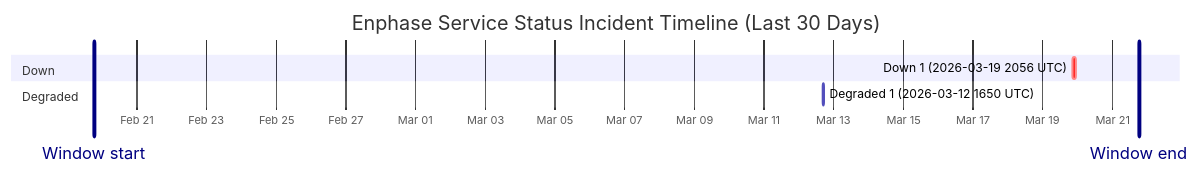
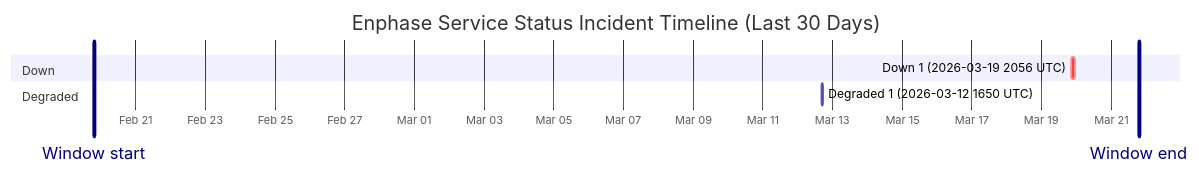
Before and after one commit to barneyonline/ha-enphase-ev-charger: the diagram in wiki/Service-Status-History.md, drawn with Mermaid. The commit also changed other lines of this file and 3 other files, not shown here.

````diff
--- a/wiki/Service-Status-History.md
+++ b/wiki/Service-Status-History.md
@@ -14,12 +14,12 @@
 ```mermaid
 gantt
     title Enphase Service Status Incident Timeline (Last 30 Days)
     dateFormat  YYYY-MM-DDTHH:mm:ss
     axisFormat  %b %d
-    Window start :vert, window-start, 2026-02-19T18:23:20, 0ms
-    Window end :vert, window-end, 2026-03-21T18:23:20, 0ms
+    Window start :vert, window-start, 2026-02-19T19:17:15, 0ms
+    Window end :vert, window-end, 2026-03-21T19:17:15, 0ms
     section Down
     Down 1 (2026-03-19 2056 UTC) :crit, down-1, 2026-03-19T20:56:20, 145m
     section Degraded
     Degraded 1 (2026-03-12 1650 UTC) :active, degraded-1, 2026-03-12T16:50:43, 60m
 ```
````
